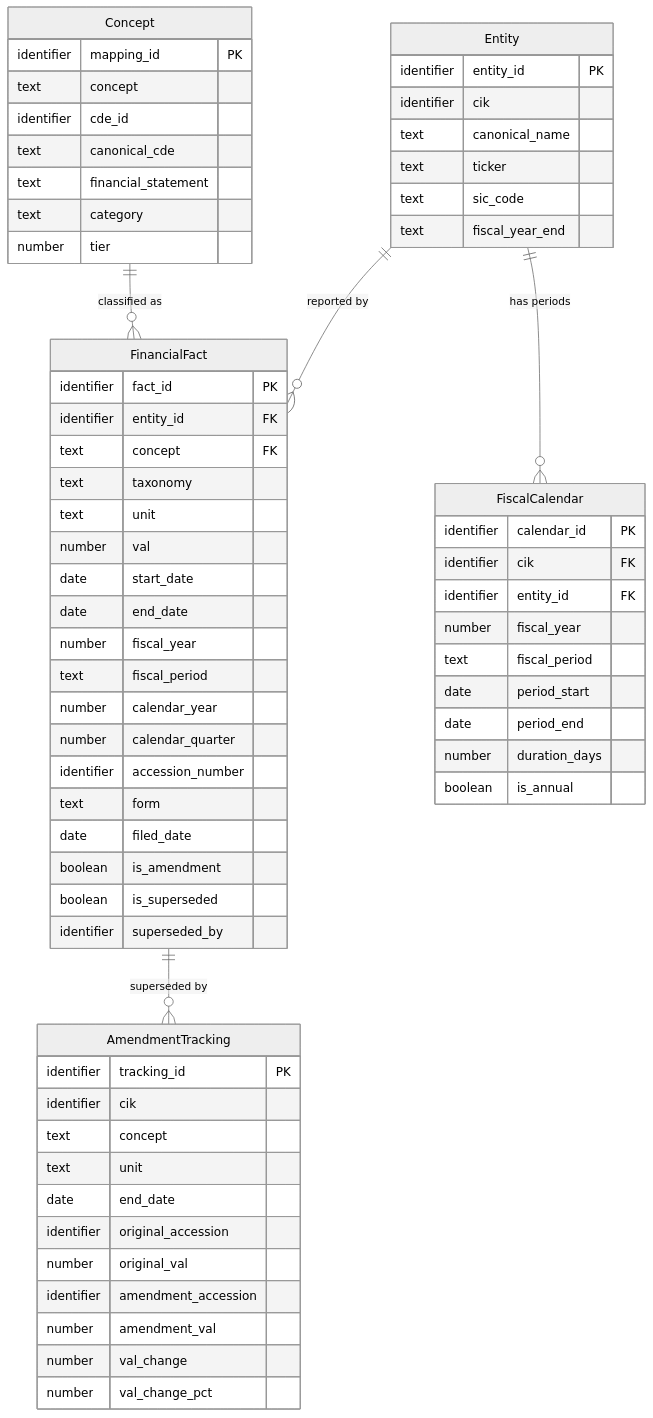
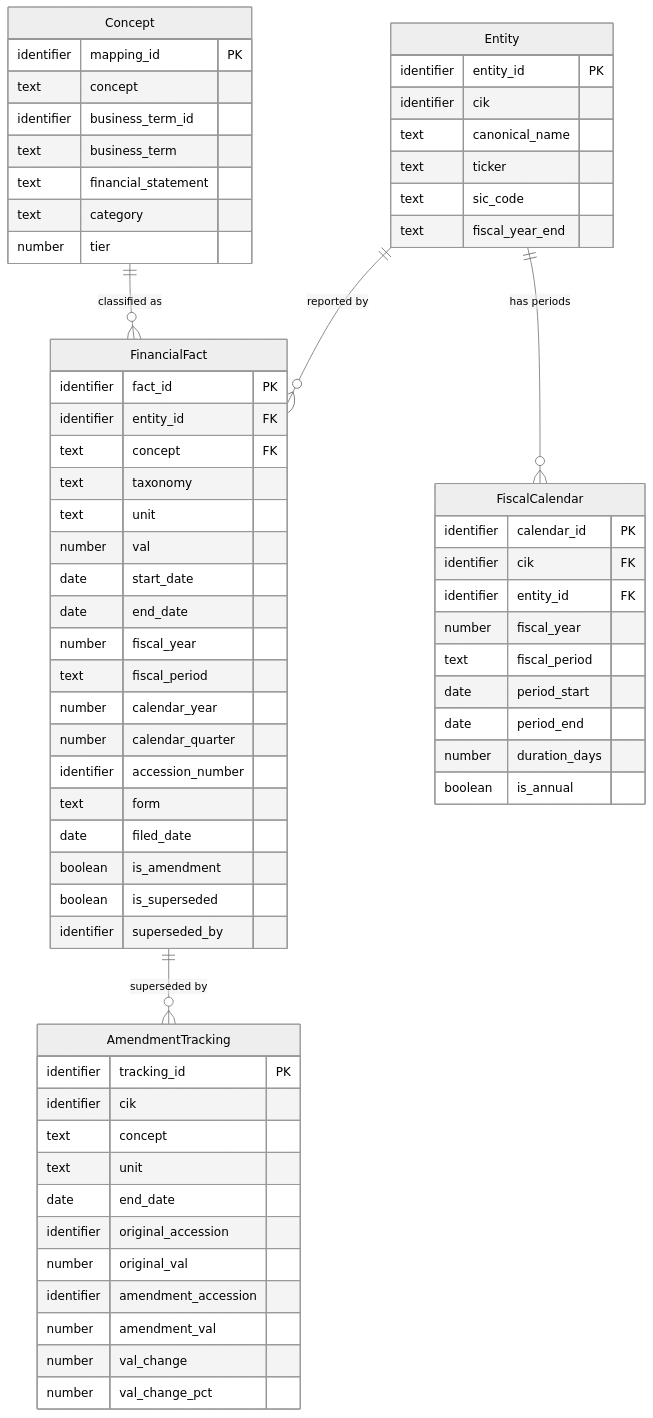
One commit to jcernauske/sec-edgair changed the diagram in governance/models/base-financial-facts-model-logical.md. Above: the diagram before and after it, drawn with Mermaid (neutral theme). The commit also changed other lines of this file and 50 other files, not shown here.

First line of the commit message:
refactor(infra-governance-model-alignment): CDE → business term unification

````diff
--- a/governance/models/base-financial-facts-model-logical.md
+++ b/governance/models/base-financial-facts-model-logical.md
@@ -10,68 +10,68 @@
 ```mermaid
 erDiagram
     Entity {
         identifier entity_id PK
         identifier cik
         text canonical_name
         text ticker
         text sic_code
         text fiscal_year_end
     }
     Concept {
         identifier mapping_id PK
         text concept
-        identifier cde_id
-        text canonical_cde
+        identifier business_term_id
+        text business_term
         text financial_statement
         text category
         number tier
     }
     FinancialFact {
         identifier fact_id PK
         identifier entity_id FK
         text concept FK
         text taxonomy
         text unit
         number val
         date start_date
         date end_date
         number fiscal_year
         text fiscal_period
         number calendar_year
         number calendar_quarter
         identifier accession_number
         text form
         date filed_date
         boolean is_amendment
         boolean is_superseded
         identifier superseded_by
     }
     FiscalCalendar {
         identifier calendar_id PK
         identifier cik FK
         identifier entity_id FK
         number fiscal_year
         text fiscal_period
         date period_start
         date period_end
         number duration_days
         boolean is_annual
     }
     AmendmentTracking {
         identifier tracking_id PK
         identifier cik
         text concept
         text unit
         date end_date
         identifier original_accession
         number original_val
         identifier amendment_accession
         number amendment_val
         number val_change
         number val_change_pct
     }
     Entity ||--o{ FinancialFact : "reported by"
     Concept ||--o{ FinancialFact : "classified as"
     Entity ||--o{ FiscalCalendar : "has periods"
     FinancialFact ||--o{ AmendmentTracking : "superseded by"
 ```
````
